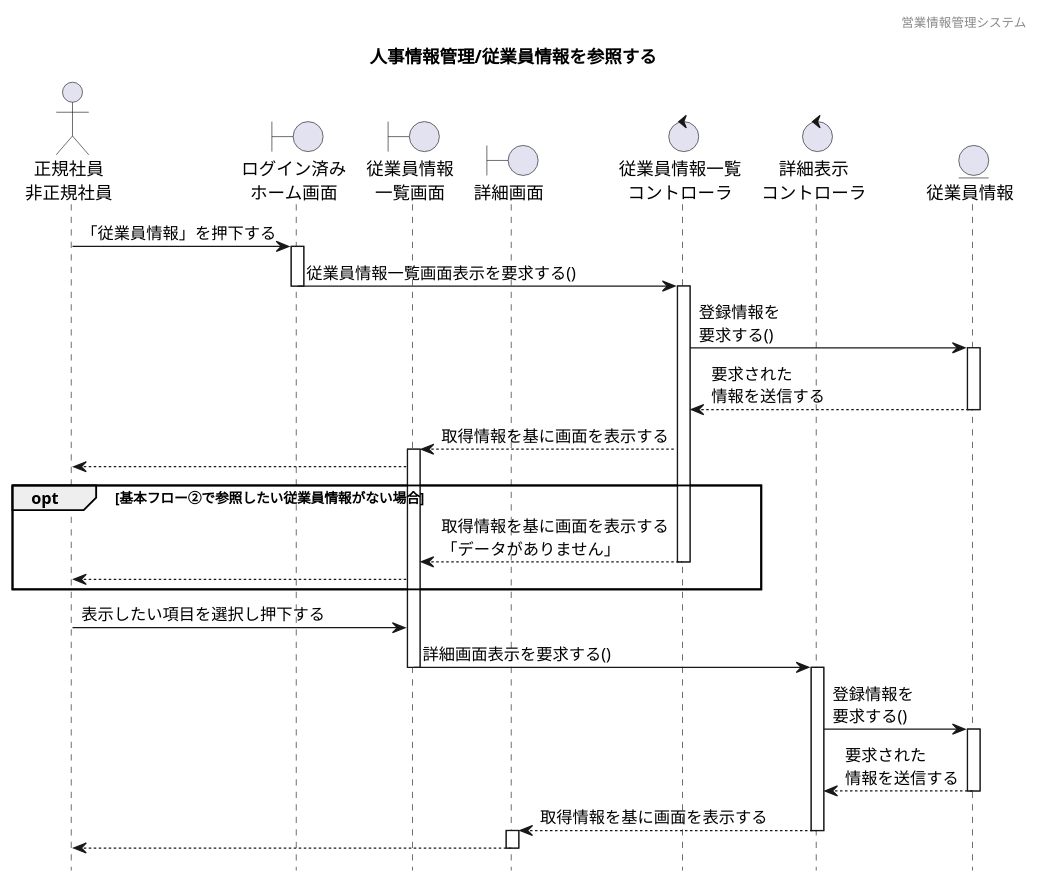
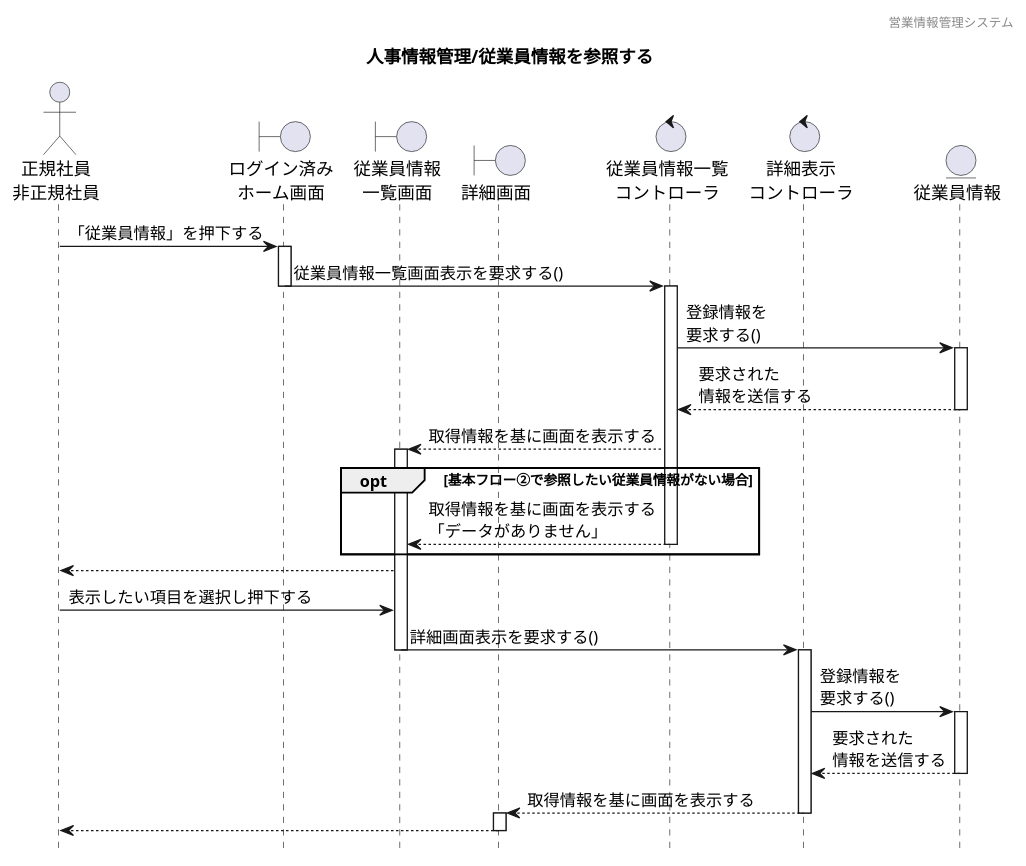
Before and after one commit to HaruShim/Sotuken: the diagram in 各種設計書/4シーケンス図/人事情報管理/1.従業員情報参照/従業員情報参照.plantuml, drawn with PlantUML. The commit also changed 2 other files, not shown here.

```diff
--- a/各種設計書/4シーケンス図/人事情報管理/1.従業員情報参照/従業員情報参照.plantuml
+++ b/各種設計書/4シーケンス図/人事情報管理/1.従業員情報参照/従業員情報参照.plantuml
@@ -1,62 +1,57 @@
 @startuml シーケンス図
 
 hide footbox
 header 営業情報管理システム
 title 人事情報管理/従業員情報を参照する
 
 ' actor "" as 
 actor "正規社員\n非正規社員" as a1
 
 ' boundary "" as 
 boundary "ログイン済み\nホーム画面" as b1
 boundary "従業員情報\n一覧画面" as b2
 boundary "詳細画面" as b3
 
 ' control "" as 
 control "従業員情報一覧\nコントローラ" as c1
 control "詳細表示\nコントローラ" as c2
 
 ' entity "" as
 entity "従業員情報" as e1
 
 
-' 長谷川
+
 a1 -> b1 : 「従業員情報」を押下する
 activate b1
 b1 -> c1 : 従業員情報一覧画面表示を要求する()
 deactivate b1
 activate c1
 c1 -> e1 : 登録情報を\n要求する()
 activate e1
 e1 --> c1 : 要求された\n情報を送信する
 deactivate e1
 b2 <-- c1 : 取得情報を基に画面を表示する
-
 activate b2
-a1 <-- b2
 
 ' 代替フロー
 opt 基本フロー②で参照したい従業員情報がない場合
 b2 <-- c1 : 取得情報を基に画面を表示する\n「データがありません」
 deactivate c1
-a1 <-- b2
 end
 
+a1 <-- b2
 a1 -> b2 : 表示したい項目を選択し押下する
 b2 -> c2 : 詳細画面表示を要求する()
 deactivate b2
 activate c2
 c2 -> e1 : 登録情報を\n要求する() 
 activate e1
 c2 <-- e1 : 要求された\n情報を送信する
 deactivate e1
 b3 <-- c2 : 取得情報を基に画面を表示する
 deactivate c2
 activate b3
 a1 <-- b3
 deactivate b3
 
-
-
-
 @enduml
```
